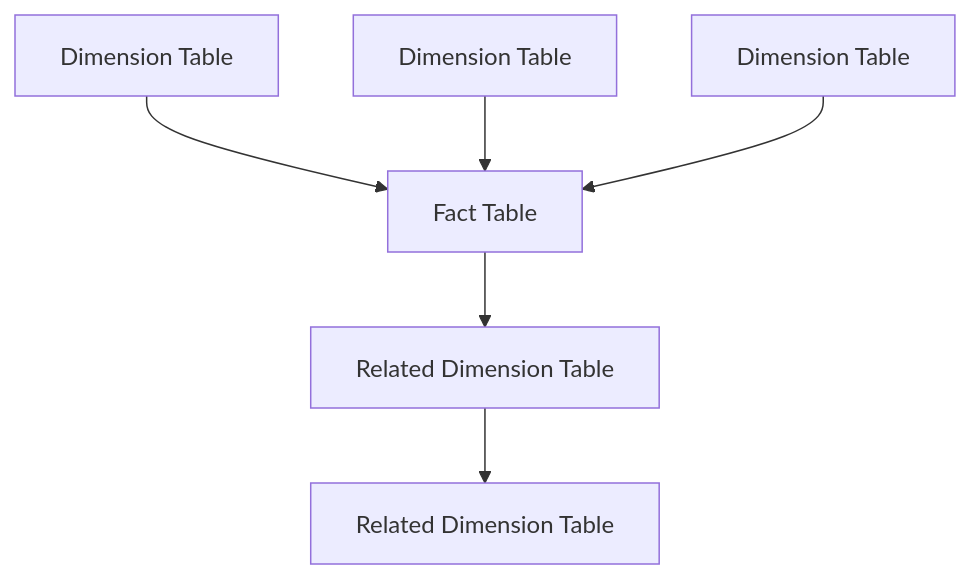
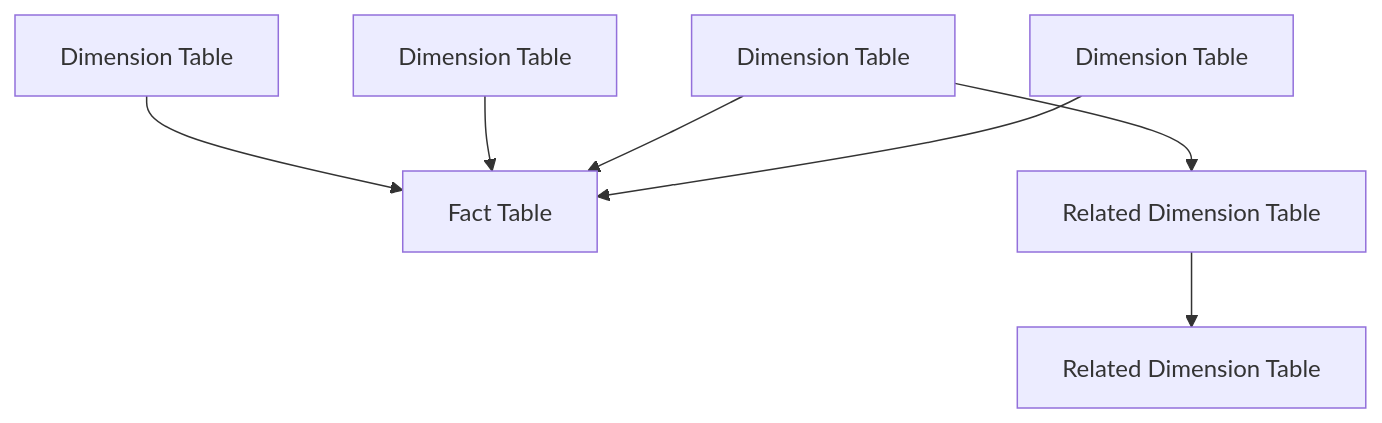
One commit to Ansari-Muskan01/PowerBI changed the second of 2 diagrams in Design Data Model with Fact & Dimension Tables.md. Above: the diagram before and after it, drawn with Mermaid.

Commit message:
Update Design Data Model with Fact & Dimension Tables.md

````diff
--- a/Design Data Model with Fact & Dimension Tables.md
+++ b/Design Data Model with Fact & Dimension Tables.md
@@ -39,16 +39,20 @@
 ```mermaid
 flowchart TD
     F[Fact Table]
 
     D1[Dimension Table]
     D2[Dimension Table]
     D3[Dimension Table]
-    D4[Related Dimension Table]
-    D5[Related Dimension Table]
+    D4[Dimension Table]
+
+    SD1[Related Dimension Table]
+    SD2[Related Dimension Table]
 
     D1 --> F
     D2 --> F
     D3 --> F
-    F --> D4
-    D4 --> D5
+    D4 --> F
+
+    D3 --> SD1
+    SD1 --> SD2
 ```
````
